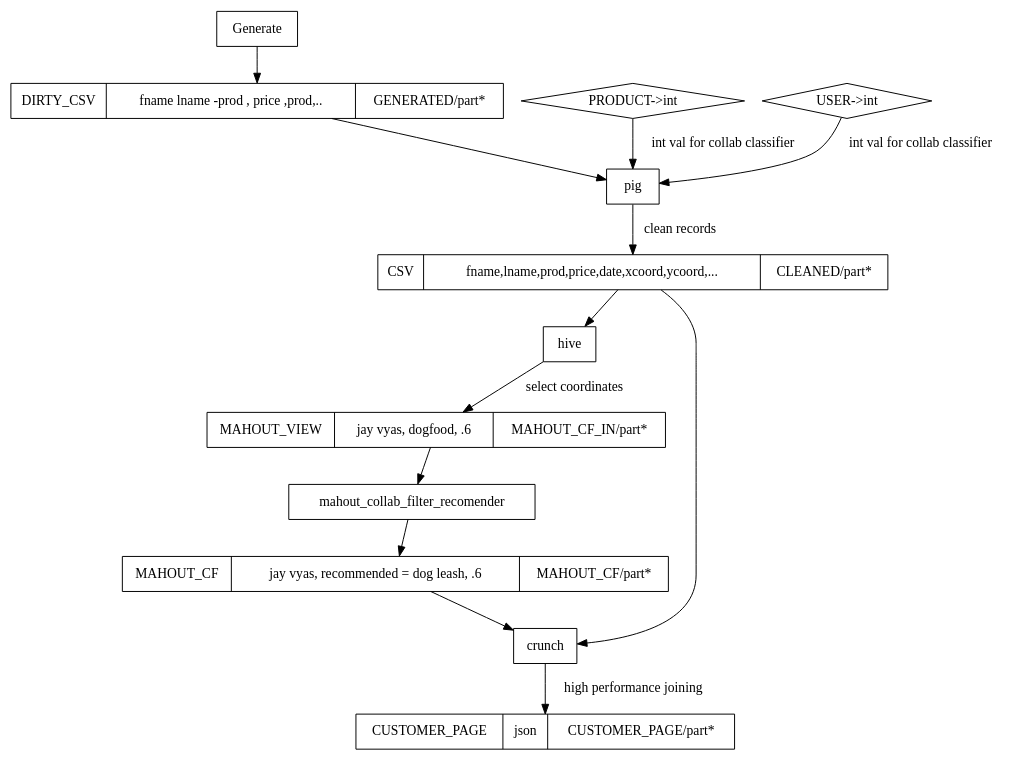
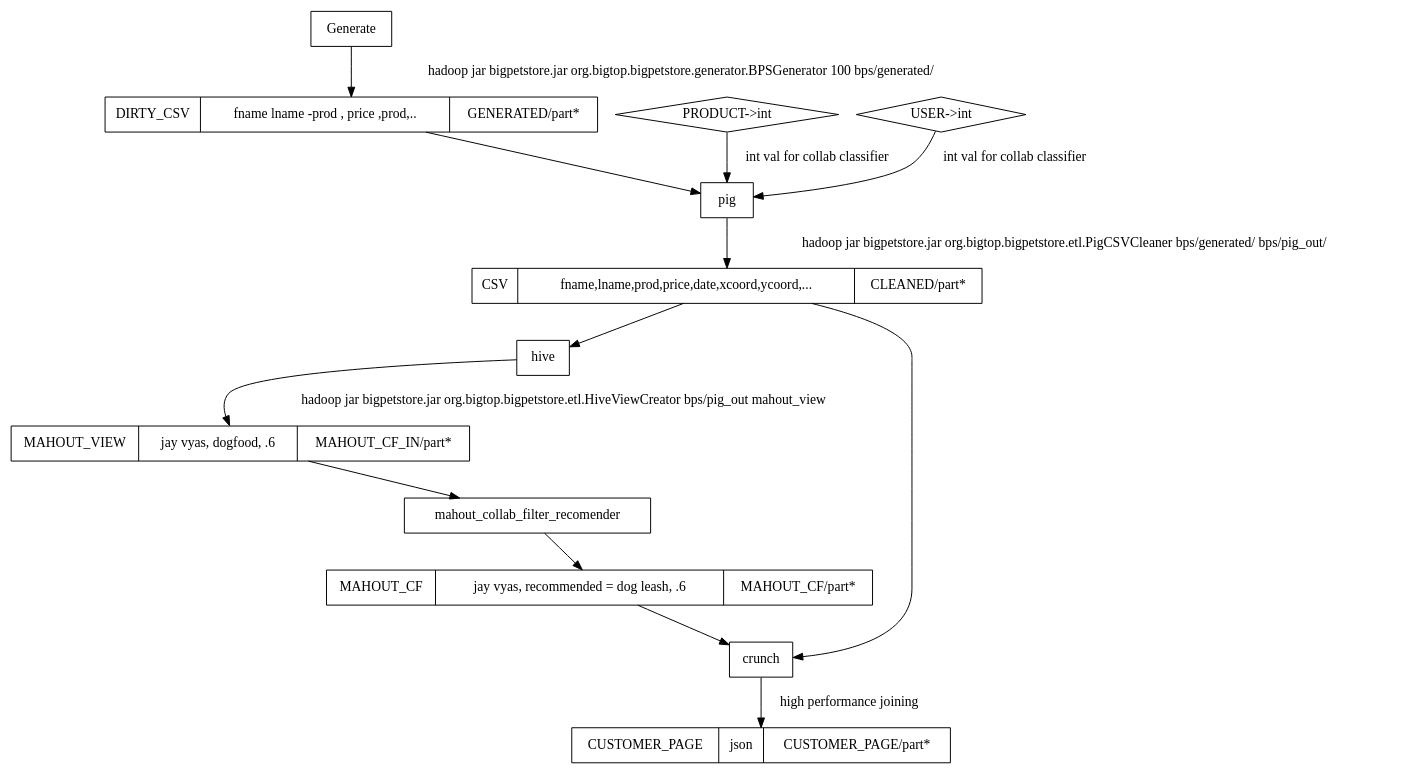
Before and after one commit to jayunit100/bigpetstore: the diagram in arch.dot, drawn with Graphviz. The commit also changed 9 other files, not shown here.

```diff
--- a/arch.dot
+++ b/arch.dot
@@ -1,27 +1,27 @@
 digraph ethane {
 
    node [shape=record];
    CUSTOMER_PAGE [label="CUSTOMER_PAGE|json|CUSTOMER_PAGE/part*"];
    DIRTY_CSV [label="DIRTY_CSV|fname   lname -prod , price ,prod,..|GENERATED/part*"];
    CSV [label="CSV|fname,lname,prod,price,date,xcoord,ycoord,...|CLEANED/part*"];
    MAHOUT_VIEW_INPUT [label="MAHOUT_VIEW  | jay vyas, dogfood, .6 | MAHOUT_CF_IN/part*" ];
    MAHOUT_CF [label="MAHOUT_CF  | jay vyas, recommended = dog leash, .6 | MAHOUT_CF/part*" ];
    PROD_HASH [shape=diamond label="PRODUCT->int"];   
    USER_HASH [shape=diamond label="USER->int"];
 
-   Generate -> DIRTY_CSV ;
+   Generate -> DIRTY_CSV [label="hadoop jar bigpetstore.jar org.bigtop.bigpetstore.generator.BPSGenerator 100 bps/generated/"] ;
    DIRTY_CSV -> pig [label=""];  
    
-   pig -> CSV [label="clean records"];
+   pig -> CSV [label="hadoop jar bigpetstore.jar org.bigtop.bigpetstore.etl.PigCSVCleaner bps/generated/ bps/pig_out/"];
    PROD_HASH -> pig [label="int val for collab classifier"];
    USER_HASH -> pig  [label="int val for collab classifier"];
    
    CSV -> hive ; 
-   hive -> MAHOUT_VIEW_INPUT [label="select coordinates"];          
+   hive -> MAHOUT_VIEW_INPUT [label="hadoop jar bigpetstore.jar org.bigtop.bigpetstore.etl.HiveViewCreator bps/pig_out mahout_view"];          
    MAHOUT_VIEW_INPUT -> mahout_collab_filter_recomender -> MAHOUT_CF ;
    MAHOUT_CF  -> crunch
    CSV -> crunch ; 
    crunch -> CUSTOMER_PAGE [label="high performance joining"];
 
    
 }
```
